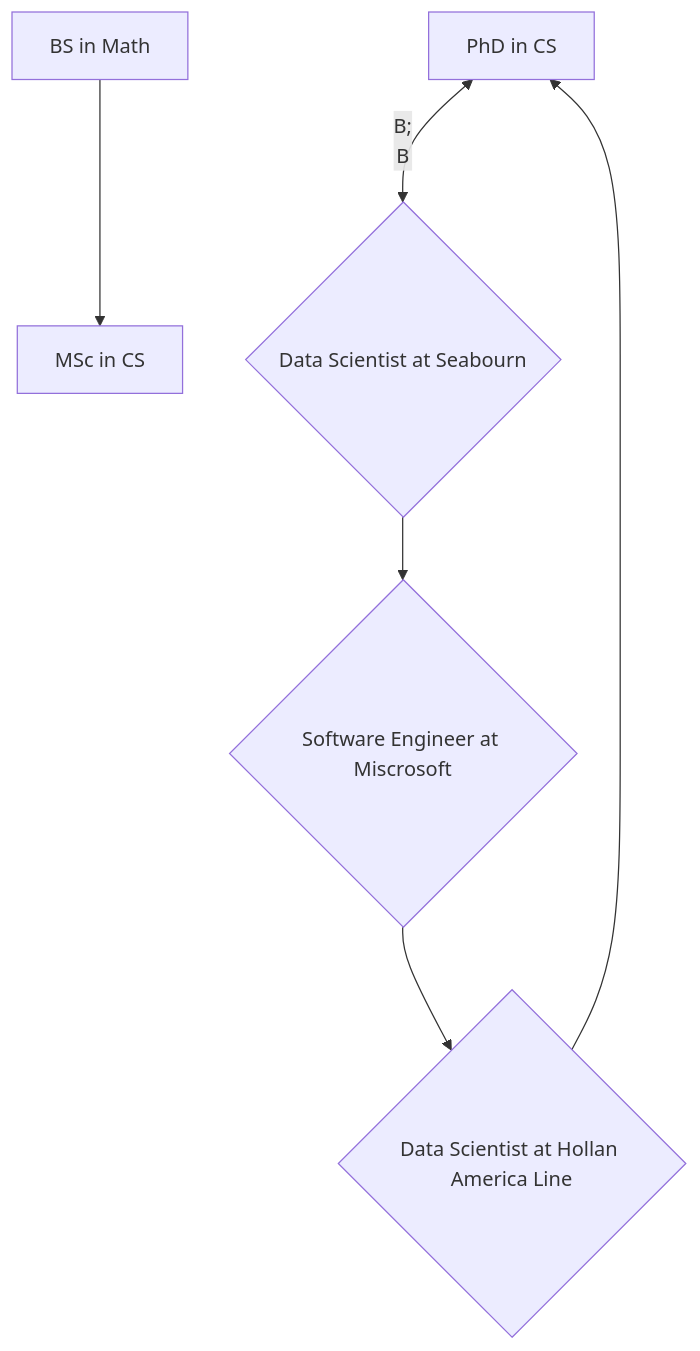
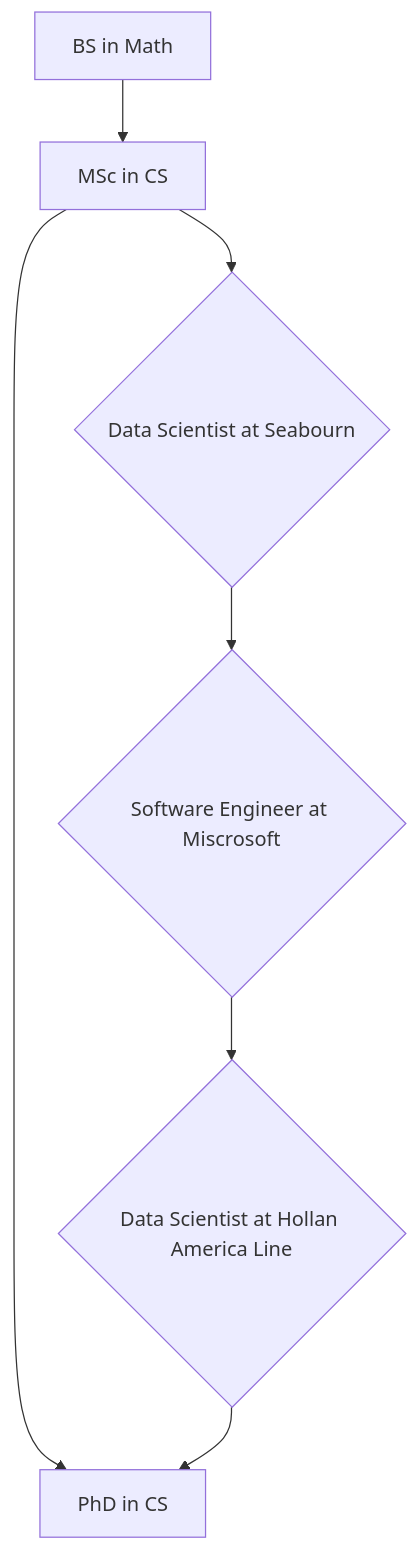
One commit to LeyliG/LeyliG changed the diagram in README.md. Above: the diagram before and after it, drawn with Mermaid.

````diff
--- a/README.md
+++ b/README.md
@@ -31,9 +31,9 @@
 ```mermaid
   flowchart TB
       A[BS in Math] --> B[MSc in CS];
-      C[PhD in CS] <-- B;
+      B --> C[PhD in CS];
       B --> D{Data Scientist at Seabourn};
       D --> E{Software Engineer at Miscrosoft};
       E --> F{Data Scientist at Hollan America Line};
       F --> C;
 ```
````
